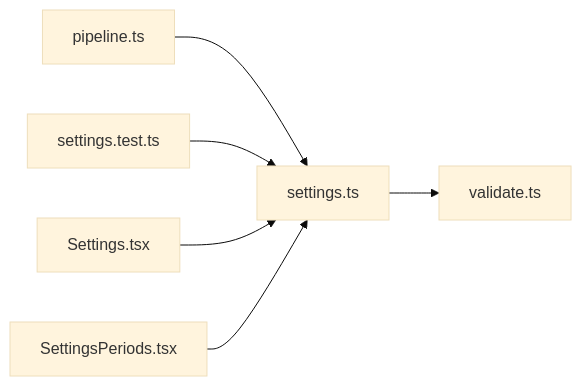
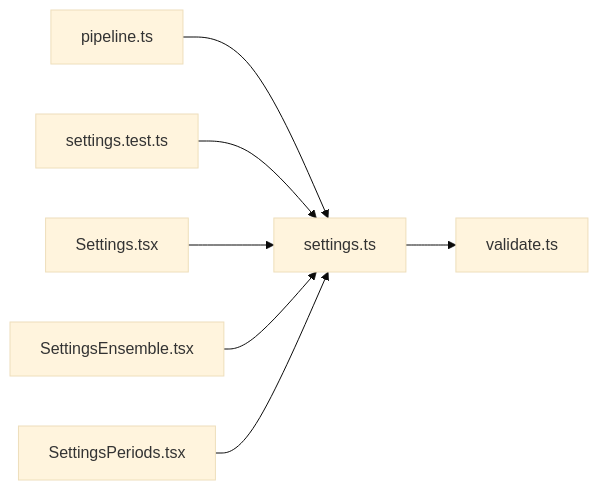
Before and after one commit to minkong-dev/Banblit: the diagram in .cluedoc/graph/frontend/src/lib/settings.md, drawn with Mermaid (base theme). The commit also changed other lines of this file and 56 other files, not shown here.

Commit message:
frontend: import pure lib functions from their own files instead of through pipeline

````diff
--- a/.cluedoc/graph/frontend/src/lib/settings.md
+++ b/.cluedoc/graph/frontend/src/lib/settings.md
@@ -10,9 +10,10 @@
 ```mermaid
 flowchart LR
   frontend_src_lib_settings["settings.ts"]
   frontend_src_lib_settings --> frontend_src_lib_validate["validate.ts"]
   frontend_src_lib_pipeline["pipeline.ts"] --> frontend_src_lib_settings
   frontend_src_lib_settings_test["settings.test.ts"] --> frontend_src_lib_settings
   frontend_src_routes_Settings["Settings.tsx"] --> frontend_src_lib_settings
+  frontend_src_routes_SettingsEnsemble["SettingsEnsemble.tsx"] --> frontend_src_lib_settings
   frontend_src_routes_SettingsPeriods["SettingsPeriods.tsx"] --> frontend_src_lib_settings
 ```
````
